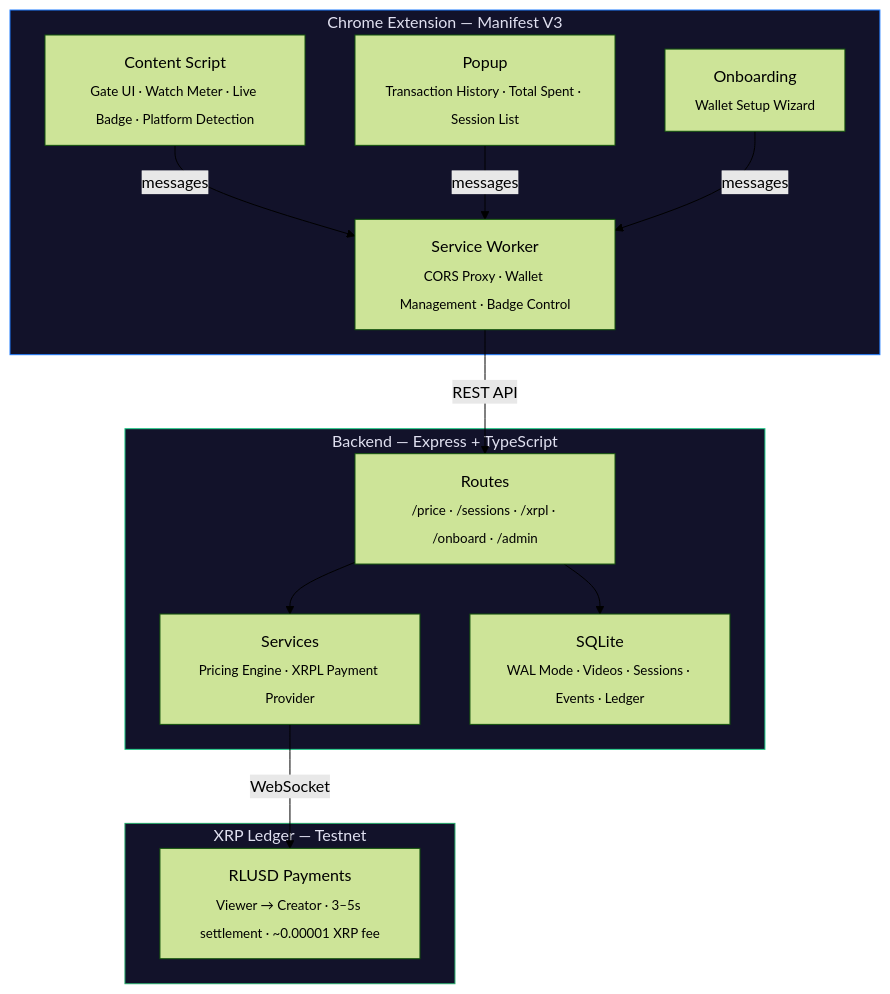
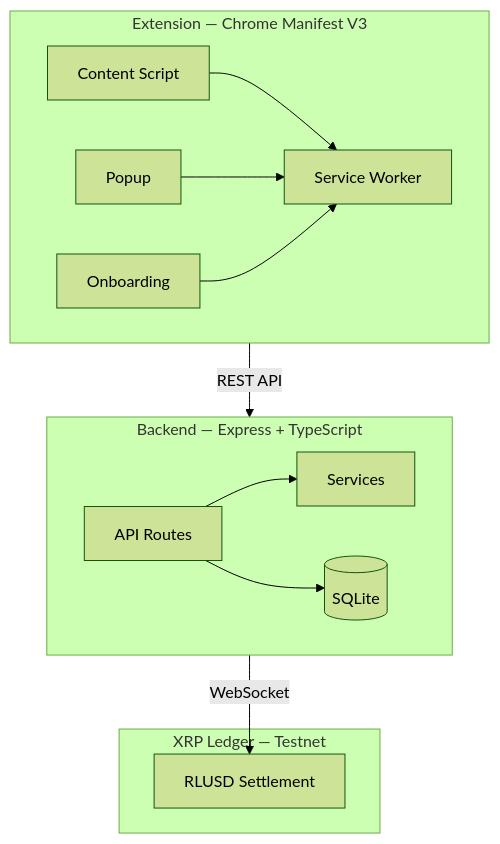
One commit to yashnakadi/StreamFair changed the second of 4 diagrams in README.md. Above: the diagram before and after it, drawn with Mermaid (forest theme).

Commit message:
modified readme v2

````diff
--- a/README.md
+++ b/README.md
@@ -167,31 +167,19 @@
 ```mermaid
-graph TD
-    subgraph EXT["Chrome Extension — Manifest V3"]
-        CS["Content Script<br/><sub>Gate UI · Watch Meter · Live Badge · Platform Detection</sub>"]
-        SW["Service Worker<br/><sub>CORS Proxy · Wallet Management · Badge Control</sub>"]
-        POP["Popup<br/><sub>Transaction History · Total Spent · Session List</sub>"]
-        OB["Onboarding<br/><sub>Wallet Setup Wizard</sub>"]
+flowchart TB
+    subgraph ext [" Extension — Chrome Manifest V3 "]
+        direction LR
+        CS[Content Script] & POP[Popup] & OB[Onboarding] --> SW[Service Worker]
     end
 
-    subgraph BACK["Backend — Express + TypeScript"]
-        ROUTES["Routes<br/><sub>/price · /sessions · /xrpl · /onboard · /admin</sub>"]
-        SERVICES["Services<br/><sub>Pricing Engine · XRPL Payment Provider</sub>"]
-        DB["SQLite<br/><sub>WAL Mode · Videos · Sessions · Events · Ledger</sub>"]
+    subgraph back [" Backend — Express + TypeScript "]
+        direction LR
+        ROUTES[API Routes] --> SVC[Services] & DB[(SQLite)]
     end
 
-    subgraph CHAIN["XRP Ledger — Testnet"]
-        RLUSD["RLUSD Payments<br/><sub>Viewer → Creator · 3–5s settlement · ~0.00001 XRP fee</sub>"]
+    subgraph chain [" XRP Ledger — Testnet "]
+        RLUSD[RLUSD Settlement]
     end
 
-    CS -- "messages" --> SW
-    POP -- "messages" --> SW
-    OB -- "messages" --> SW
-    SW -- "REST API" --> ROUTES
-    ROUTES --> SERVICES
-    ROUTES --> DB
-    SERVICES -- "WebSocket" --> RLUSD
-
-    style EXT fill:#12122a,stroke:#1f7cff,color:#e0e0f0
-    style BACK fill:#12122a,stroke:#22cc88,color:#e0e0f0
-    style CHAIN fill:#12122a,stroke:#25A768,color:#e0e0f0
+    SW -- " REST API " --> ROUTES
+    SVC -- " WebSocket " --> RLUSD
 ```
````
